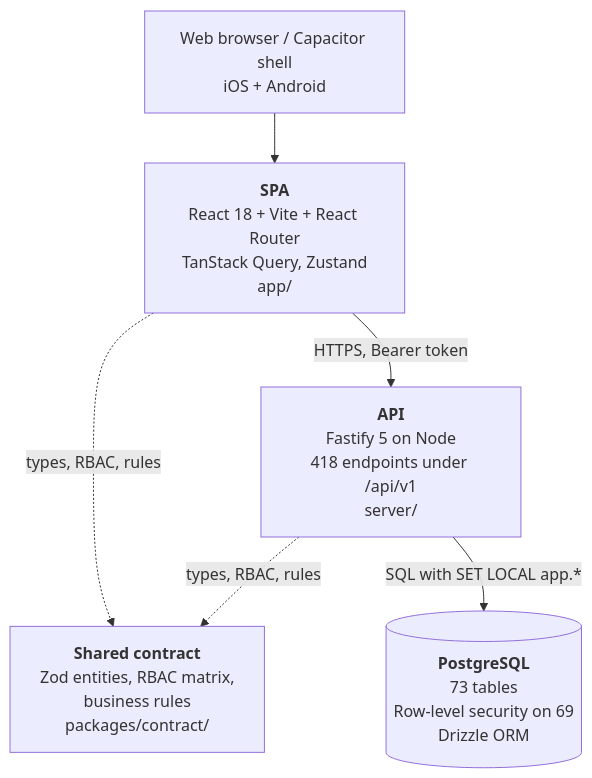
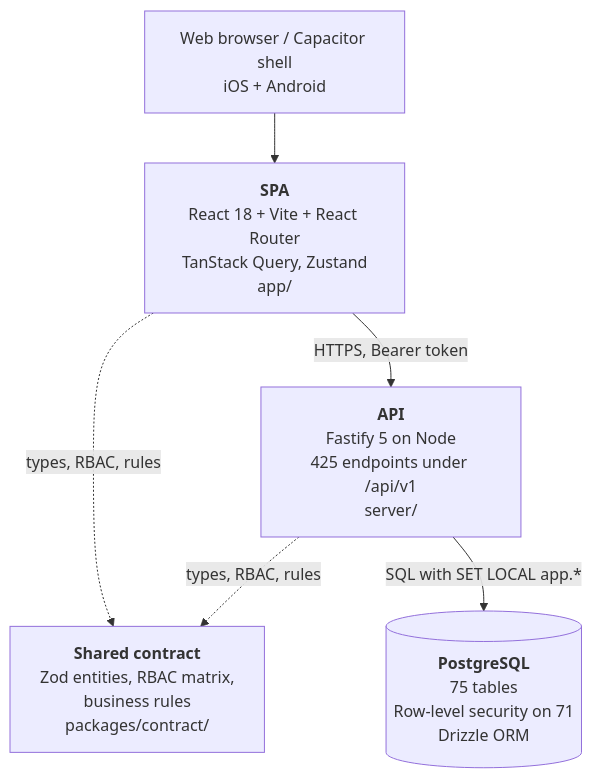
Before and after one commit to tazamohd/SlClNe: the second of 4 diagrams in docs/15_C4_ARCHITECTURE_DIAGRAMS/C4_MODEL.md, drawn with Mermaid. The commit also changed other lines of this file and 66 other files, not shown here.

````diff
--- a/docs/15_C4_ARCHITECTURE_DIAGRAMS/C4_MODEL.md
+++ b/docs/15_C4_ARCHITECTURE_DIAGRAMS/C4_MODEL.md
@@ -42,13 +42,13 @@
 ```mermaid
 flowchart TB
   browser["Web browser / Capacitor shell<br/>iOS + Android"]
   spa["<b>SPA</b><br/>React 18 + Vite + React Router<br/>TanStack Query, Zustand<br/>app/"]
-  api["<b>API</b><br/>Fastify 5 on Node<br/>418 endpoints under /api/v1<br/>server/"]
+  api["<b>API</b><br/>Fastify 5 on Node<br/>425 endpoints under /api/v1<br/>server/"]
   contract["<b>Shared contract</b><br/>Zod entities, RBAC matrix,<br/>business rules<br/>packages/contract/"]
-  db[("<b>PostgreSQL</b><br/>73 tables<br/>Row-level security on 69<br/>Drizzle ORM")]
+  db[("<b>PostgreSQL</b><br/>75 tables<br/>Row-level security on 71<br/>Drizzle ORM")]
   browser --> spa
   spa -->|"HTTPS, Bearer token"| api
   spa -.->|"types, RBAC, rules"| contract
   api -.->|"types, RBAC, rules"| contract
   api -->|"SQL with SET LOCAL app.*"| db
 ```
````
